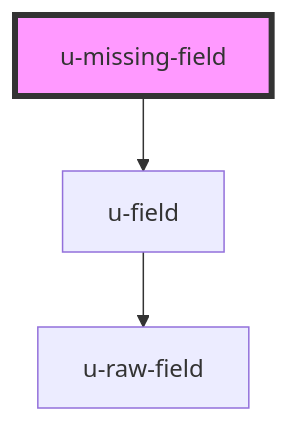
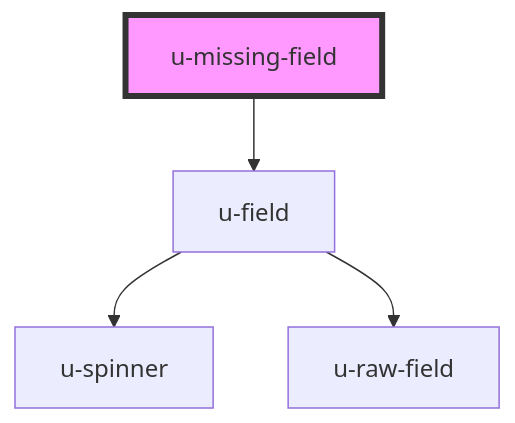
The diagram in packages/sdk/src/auth/components/missing-field/readme.md (UnidyID/unidy-sdk), drawn with Mermaid before and after one commit. The commit also changed 25 other files, not shown here.

````diff
--- a/packages/sdk/src/auth/components/missing-field/readme.md
+++ b/packages/sdk/src/auth/components/missing-field/readme.md
@@ -15,6 +15,7 @@
 ```mermaid
 graph TD;
   u-missing-field --> u-field
+  u-field --> u-spinner
   u-field --> u-raw-field
   style u-missing-field fill:#f9f,stroke:#333,stroke-width:4px
 ```
````
